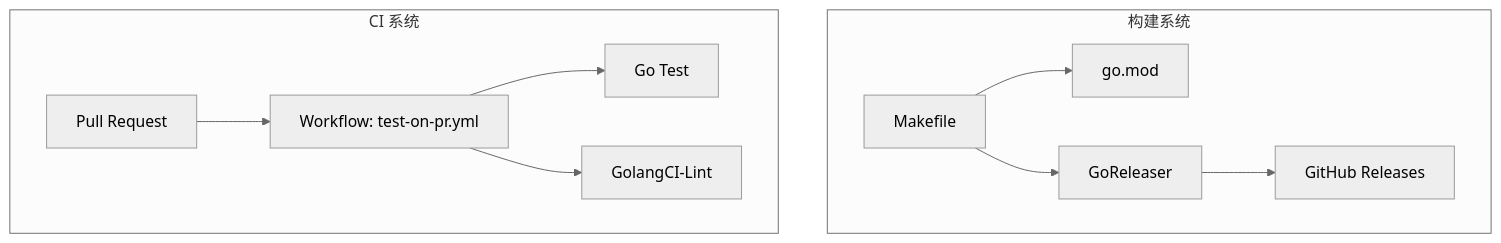
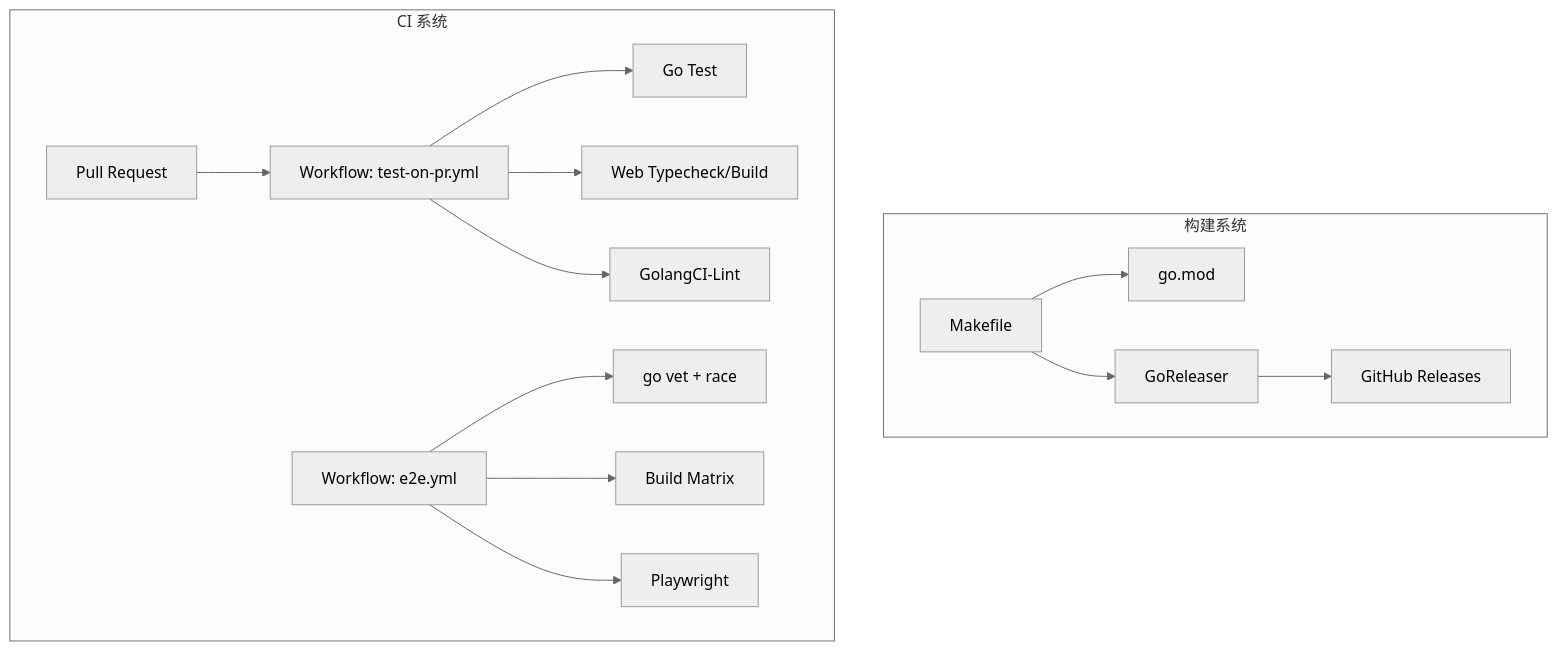
One commit to fuzzbuster/slider changed the sixth of 6 diagrams in .trae/deepwiki/开发指南与贡献流程.md. Above: the diagram before and after it, drawn with Mermaid (neutral theme). The commit also changed other lines of this file and 17 other files, not shown here.

````diff
--- a/.trae/deepwiki/开发指南与贡献流程.md
+++ b/.trae/deepwiki/开发指南与贡献流程.md
@@ -237,13 +267,17 @@
 ```mermaid
 graph TD
     subgraph "构建系统"
         M[Makefile] --> G[go.mod]
         M --> GR[GoReleaser]
         GR --> GH[GitHub Releases]
     end
     subgraph "CI 系统"
         PR[Pull Request] --> W[Workflow: test-on-pr.yml]
         W --> T[Go Test]
+        W --> F[Web Typecheck/Build]
         W --> L[GolangCI-Lint]
+        E2E[Workflow: e2e.yml] --> V[go vet + race]
+        E2E --> B[Build Matrix]
+        E2E --> P[Playwright]
     end
 ```
````
